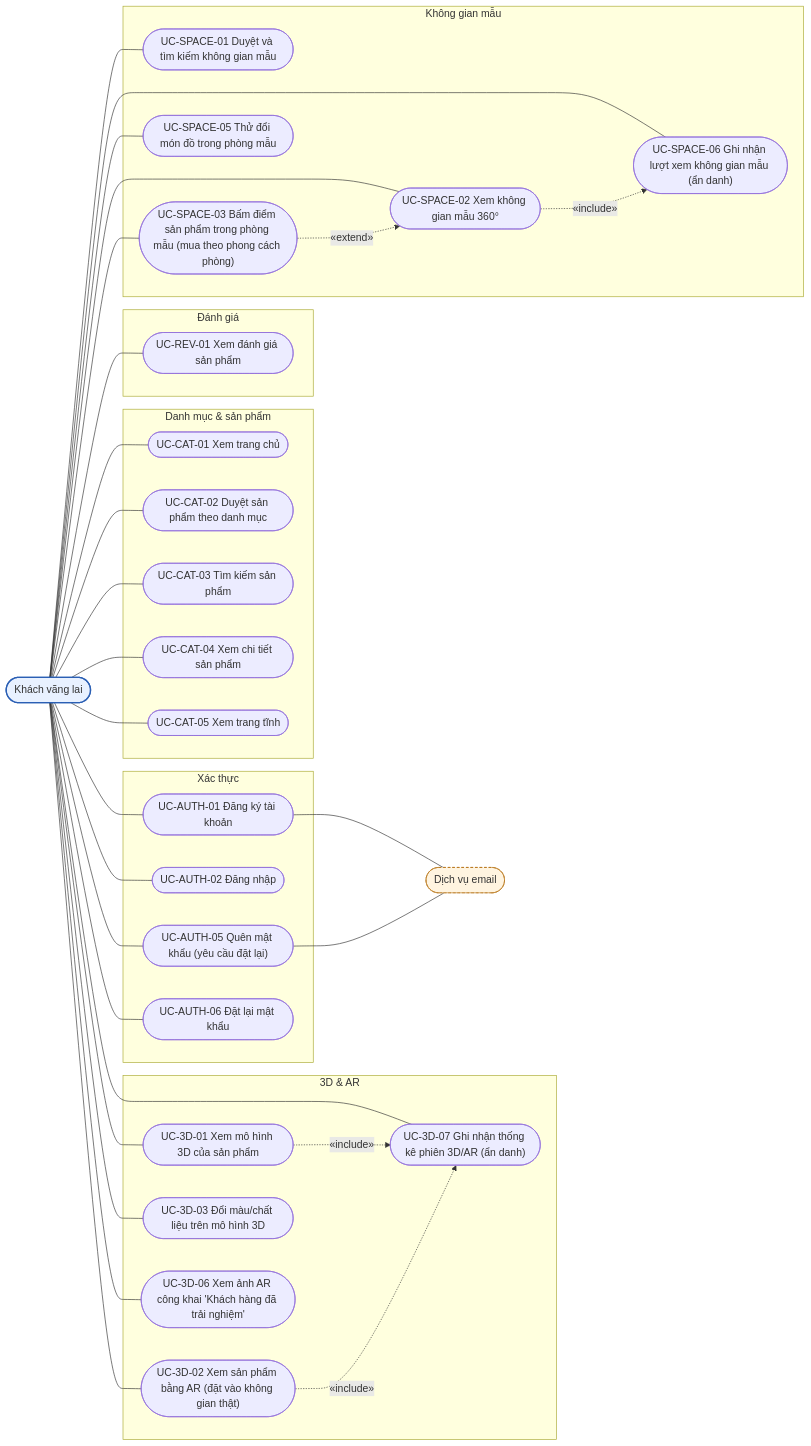
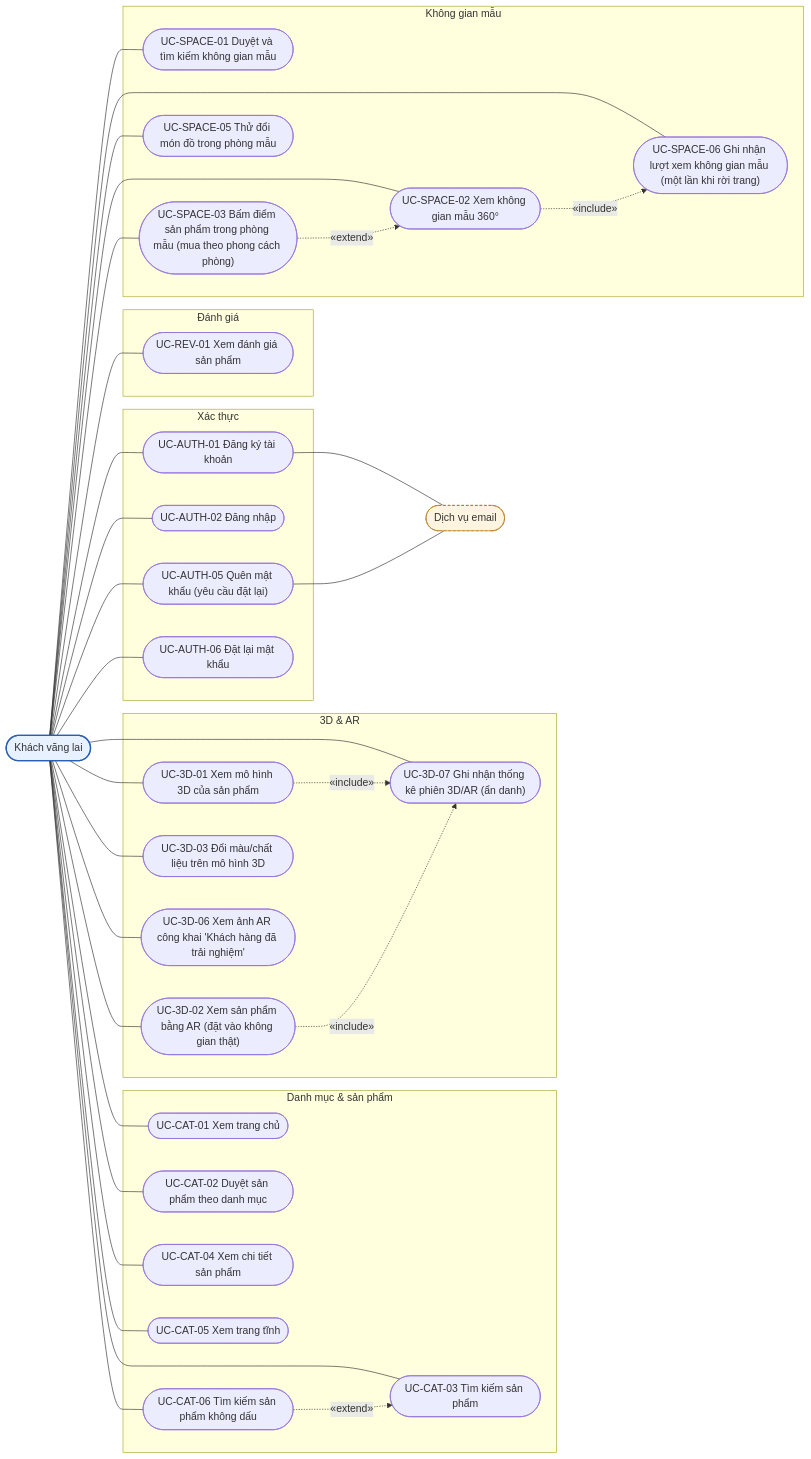
Before and after one commit to 2431540234-arch/XDUDTMDT: the second of 13 diagrams in docs/DAC_TA_CHUC_NANG_THEO_VAI_TRO.md, drawn with Mermaid. The commit also changed other lines of this file, not shown here.

````diff
--- a/docs/DAC_TA_CHUC_NANG_THEO_VAI_TRO.md
+++ b/docs/DAC_TA_CHUC_NANG_THEO_VAI_TRO.md
@@ -317,63 +319,66 @@
 ```mermaid
 flowchart LR
     K(["Khách vãng lai"]):::actor
     EM(["Dịch vụ email"]):::ext
     subgraph SG_AUTH["Xác thực"]
         UC_AUTH_01(["UC-AUTH-01 Đăng ký tài khoản"])
         UC_AUTH_02(["UC-AUTH-02 Đăng nhập"])
         UC_AUTH_05(["UC-AUTH-05 Quên mật khẩu (yêu cầu đặt lại)"])
         UC_AUTH_06(["UC-AUTH-06 Đặt lại mật khẩu"])
     end
     subgraph SG_CAT["Danh mục & sản phẩm"]
         UC_CAT_01(["UC-CAT-01 Xem trang chủ"])
         UC_CAT_02(["UC-CAT-02 Duyệt sản phẩm theo danh mục"])
         UC_CAT_03(["UC-CAT-03 Tìm kiếm sản phẩm"])
         UC_CAT_04(["UC-CAT-04 Xem chi tiết sản phẩm"])
         UC_CAT_05(["UC-CAT-05 Xem trang tĩnh"])
+        UC_CAT_06(["UC-CAT-06 Tìm kiếm sản phẩm không dấu"])
     end
     subgraph SG_REV["Đánh giá"]
         UC_REV_01(["UC-REV-01 Xem đánh giá sản phẩm"])
     end
     subgraph SG_D3["3D & AR"]
         UC_3D_01(["UC-3D-01 Xem mô hình 3D của sản phẩm"])
         UC_3D_02(["UC-3D-02 Xem sản phẩm bằng AR (đặt vào không gian thật)"])
         UC_3D_03(["UC-3D-03 Đổi màu/chất liệu trên mô hình 3D"])
         UC_3D_06(["UC-3D-06 Xem ảnh AR công khai 'Khách hàng đã trải nghiệm'"])
         UC_3D_07(["UC-3D-07 Ghi nhận thống kê phiên 3D/AR (ẩn danh)"])
     end
     subgraph SG_SPACE["Không gian mẫu"]
         UC_SPACE_01(["UC-SPACE-01 Duyệt và tìm kiếm không gian mẫu"])
         UC_SPACE_02(["UC-SPACE-02 Xem không gian mẫu 360°"])
         UC_SPACE_03(["UC-SPACE-03 Bấm điểm sản phẩm trong phòng mẫu (mua theo phong cách phòng)"])
         UC_SPACE_05(["UC-SPACE-05 Thử đổi món đồ trong phòng mẫu"])
-        UC_SPACE_06(["UC-SPACE-06 Ghi nhận lượt xem không gian mẫu (ẩn danh)"])
+        UC_SPACE_06(["UC-SPACE-06 Ghi nhận lượt xem không gian mẫu (một lần khi rời trang)"])
     end
     K --- UC_AUTH_01
     K --- UC_AUTH_02
     K --- UC_AUTH_05
     K --- UC_AUTH_06
     K --- UC_CAT_01
     K --- UC_CAT_02
     K --- UC_CAT_03
     K --- UC_CAT_04
     K --- UC_CAT_05
+    K --- UC_CAT_06
     K --- UC_REV_01
     K --- UC_3D_01
     K --- UC_3D_02
     K --- UC_3D_03
     K --- UC_3D_06
     K --- UC_3D_07
     K --- UC_SPACE_01
     K --- UC_SPACE_02
     K --- UC_SPACE_03
     K --- UC_SPACE_05
     K --- UC_SPACE_06
     UC_AUTH_01 --- EM
     UC_AUTH_05 --- EM
+    UC_CAT_06 -. "«extend»" .-> UC_CAT_03
     UC_3D_01 -. "«include»" .-> UC_3D_07
     UC_3D_02 -. "«include»" .-> UC_3D_07
     UC_SPACE_02 -. "«include»" .-> UC_SPACE_06
     UC_SPACE_03 -. "«extend»" .-> UC_SPACE_02
     classDef actor fill:#e8f1ff,stroke:#2b5fb4,stroke-width:2px
     classDef ext fill:#fff4e0,stroke:#b8761a,stroke-dasharray: 4 3
 ```
````
